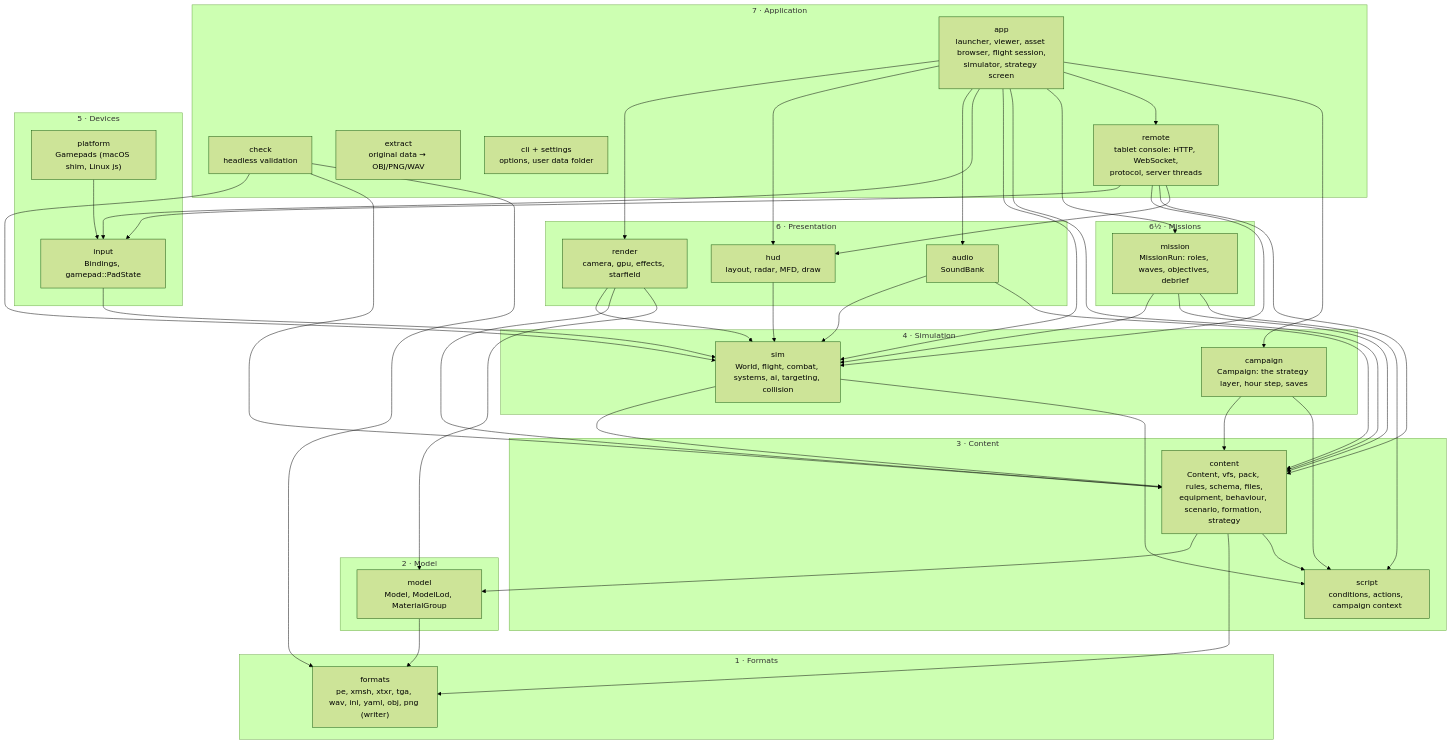
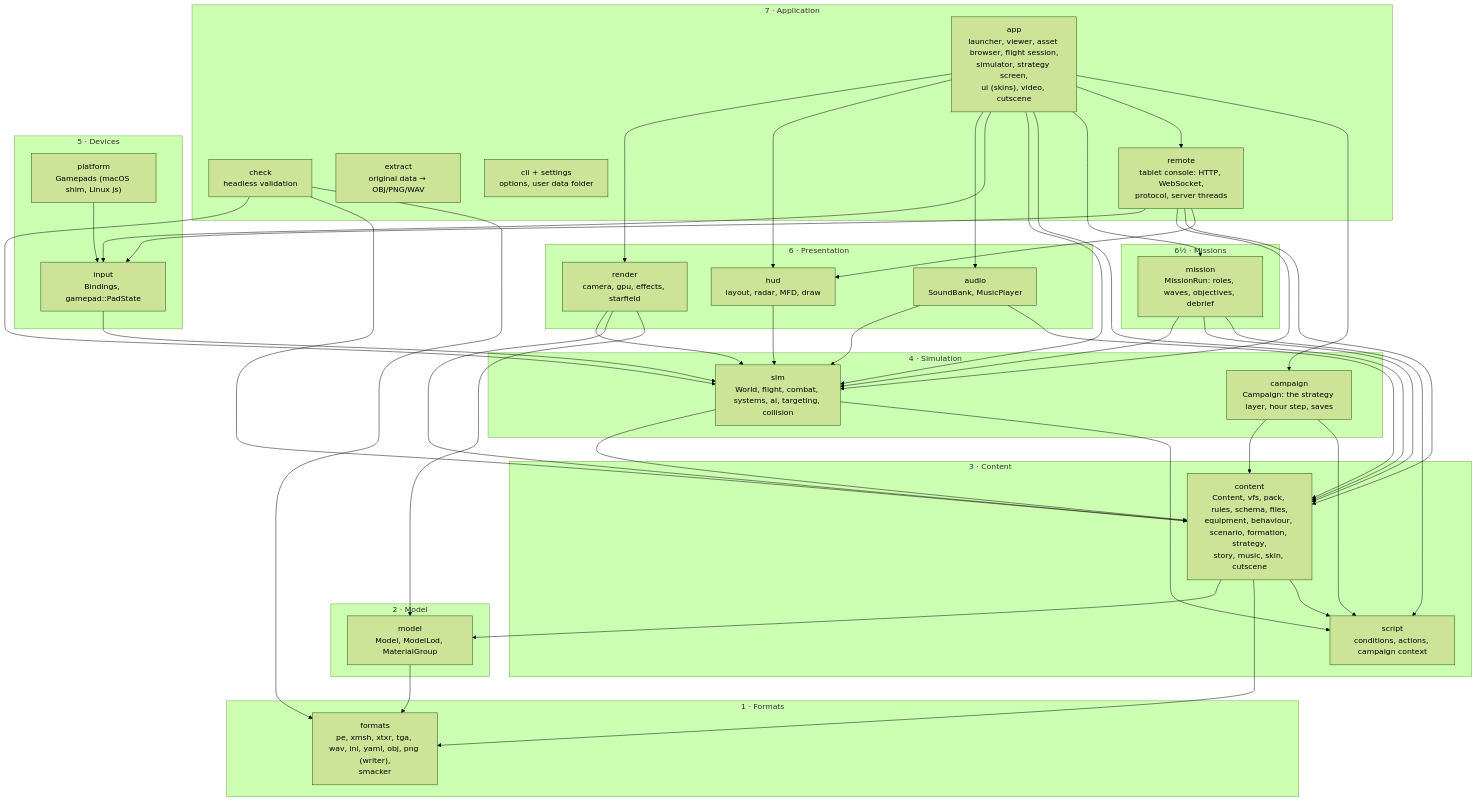
Before and after one commit to bbogovich/OpenInterceptor: the first of 4 diagrams in docs/implementation/architecture/index.md, drawn with Mermaid (forest theme). The commit also changed other lines of this file and 47 other files, not shown here.

````diff
--- a/docs/implementation/architecture/index.md
+++ b/docs/implementation/architecture/index.md
@@ -20,49 +20,49 @@
 ```mermaid
 flowchart TB
     subgraph L7["7 · Application"]
-        APP["app<br/>launcher, viewer, asset browser, flight session,<br/>simulator, strategy screen"]
+        APP["app<br/>launcher, viewer, asset browser, flight session,<br/>simulator, strategy screen,<br/>ui (skins), video, cutscene"]
         CK["check<br/>headless validation"]
         EX["extract<br/>original data → OBJ/PNG/WAV"]
         CLI["cli + settings<br/>options, user data folder"]
         RM["remote<br/>tablet console: HTTP, WebSocket,<br/>protocol, server threads"]
     end
     subgraph LM["6½ · Missions"]
         MI["mission<br/>MissionRun: roles, waves, objectives, debrief"]
     end
     subgraph L6["6 · Presentation"]
         R["render<br/>camera, gpu, effects, starfield"]
         H["hud<br/>layout, radar, MFD, draw"]
-        AU["audio<br/>SoundBank"]
+        AU["audio<br/>SoundBank, MusicPlayer"]
     end
     subgraph L5["5 · Devices"]
         IN["input<br/>Bindings, gamepad::PadState"]
         PL["platform<br/>Gamepads (macOS shim, Linux js)"]
     end
     subgraph L4["4 · Simulation"]
         S["sim<br/>World, flight, combat, systems, ai, targeting, collision"]
         CA["campaign<br/>Campaign: the strategy layer, hour step, saves"]
     end
     subgraph L3["3 · Content"]
-        C["content<br/>Content, vfs, pack, rules, schema, files,<br/>equipment, behaviour, scenario, formation, strategy"]
+        C["content<br/>Content, vfs, pack, rules, schema, files,<br/>equipment, behaviour, scenario, formation, strategy,<br/>story, music, skin, cutscene"]
         SC["script<br/>conditions, actions, campaign context"]
     end
     subgraph L2["2 · Model"]
         M["model<br/>Model, ModelLod, MaterialGroup"]
     end
     subgraph L1["1 · Formats"]
-        F["formats<br/>pe, xmsh, xtxr, tga, wav, ini, yaml, obj, png (writer)"]
+        F["formats<br/>pe, xmsh, xtxr, tga, wav, ini, yaml, obj, png (writer),<br/>smacker"]
     end
     APP --> R & H & AU & IN & S & C & MI & RM & CA
     CA --> C & SC
     RM --> IN & S & C & H
     MI --> S & C & SC
     CK --> S & C & F
     R --> S & C & M
     H --> S
     AU --> S & C
     IN --> S
     PL --> IN
     S --> C & SC
     C --> M & F & SC
     M --> F
 ```
````
